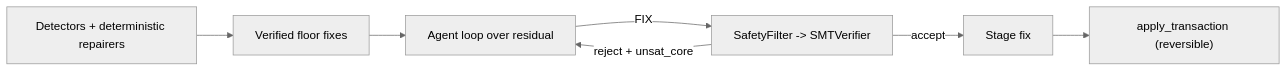
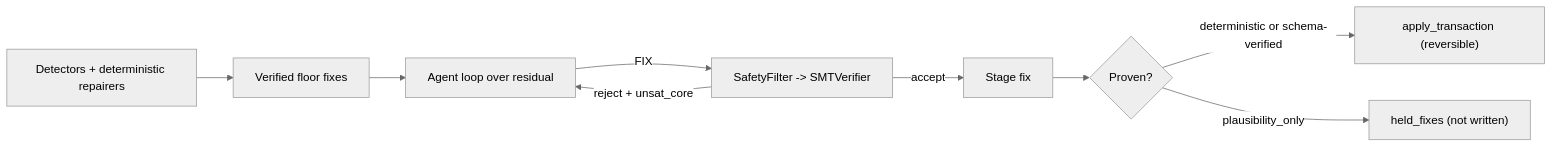
One commit to Praneshrajan137/data-refinery-env changed the second of 2 diagrams in docs/docs/concepts/agent-loop.md. Above: the diagram before and after it, drawn with Mermaid (neutral theme). The commit also changed other lines of this file and 5 other files, not shown here.

````diff
--- a/docs/docs/concepts/agent-loop.md
+++ b/docs/docs/concepts/agent-loop.md
@@ -54,9 +74,11 @@
 ```mermaid
 flowchart LR
     seed["Detectors + deterministic repairers"] --> floor["Verified floor fixes"]
     floor --> loop["Agent loop over residual"]
     loop -->|"FIX"| gate["SafetyFilter -> SMTVerifier"]
     gate -->|accept| stage["Stage fix"]
     gate -->|"reject + unsat_core"| loop
-    stage --> commit["apply_transaction (reversible)"]
+    stage --> proven{"Proven?"}
+    proven -->|"deterministic or schema-verified"| commit["apply_transaction (reversible)"]
+    proven -->|"plausibility_only"| held["held_fixes (not written)"]
 ```
````
